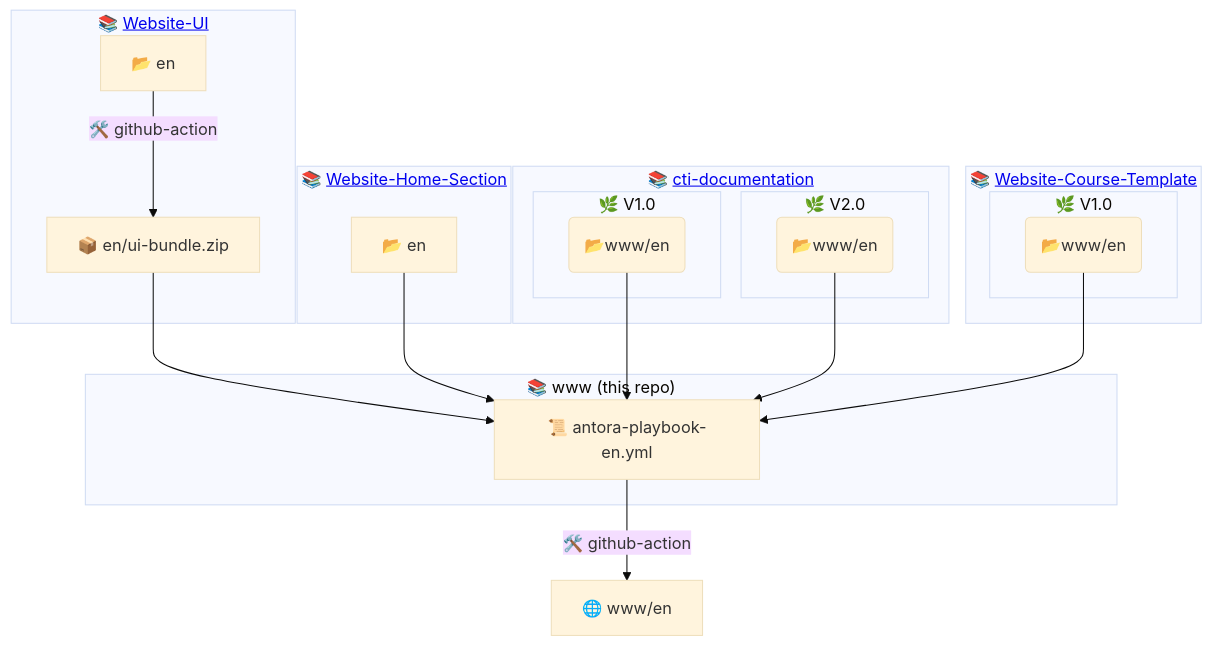
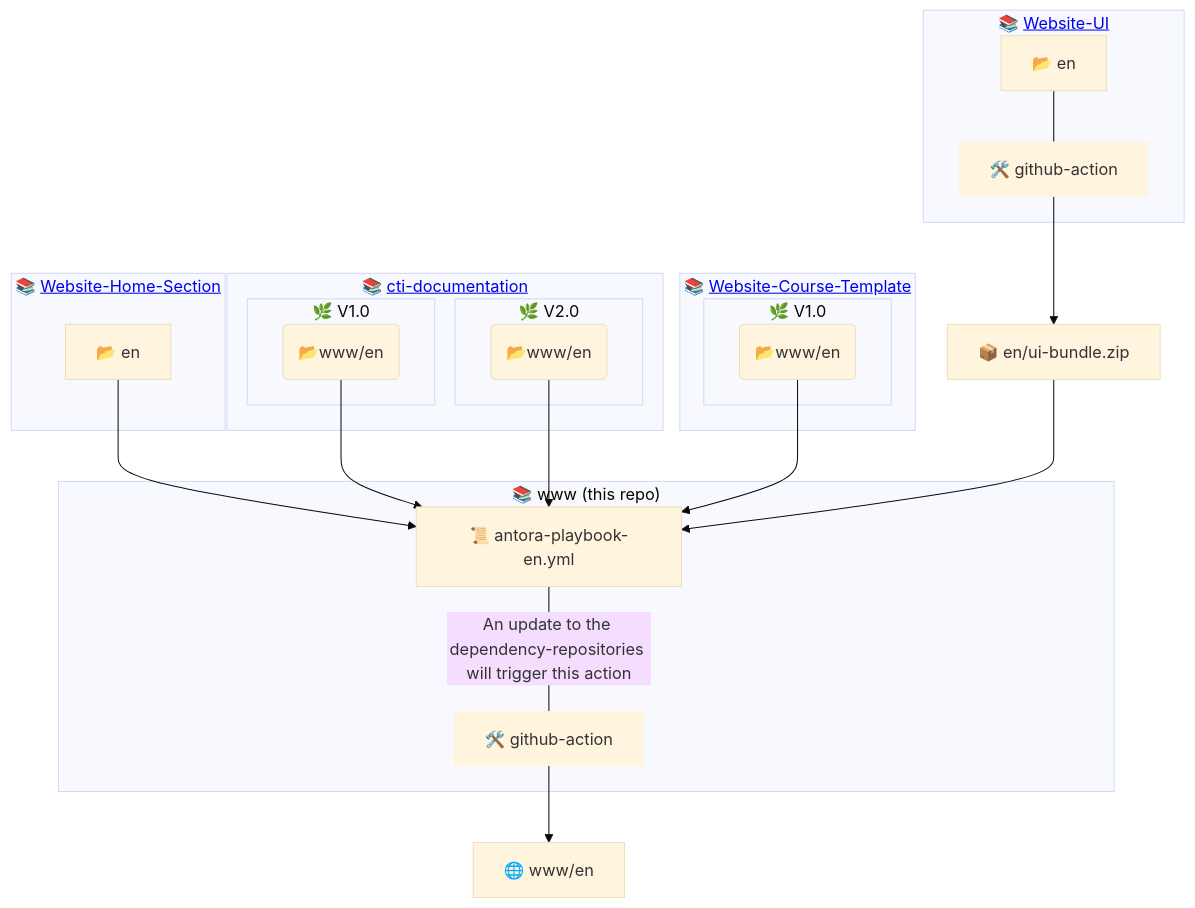
One commit to j-medland/www changed the diagram in README.md. Above: the diagram before and after it, drawn with Mermaid (base theme).

Commit message:
Added note about triggering of www's github action

````diff
--- a/README.md
+++ b/README.md
@@ -16,28 +16,31 @@
 ```mermaid
 flowchart TB
     subgraph www["`📚 www (this repo)`"]
-        en-antora-playbook["📜 antora-playbook-en.yml"]
+        en-antora-playbook["📜 antora-playbook-en.yml"] ---|An update to the dependency-repositories will trigger this action| github-www-build[🛠️ github-action]
     end
     subgraph website-ui["`📚 <a href='https://github.com/LabVIEWCommunityTraining/website-ui'>Website-UI</a>`"]
-        en-ui["📂 en"]-->|🛠️ github-action|en-ui-bundle
-        en-ui-bundle["📦 en/ui-bundle.zip"]-->en-antora-playbook
+        en-ui["📂 en"]---github-bundle-build[🛠️ github-action]
     end
     subgraph website-home["📚 <a href='https://github.com/LabVIEWCommunityTraining/website-home-section'>Website-Home-Section</a>"]
         en-hs["📂 en"]-->en-antora-playbook
     end
     subgraph cti-docs["`📚 <a href='https://github.com/LabVIEWCommunityTraining/cti-documentation'>cti-documentation</a>`"]
         subgraph cti-docs-v1["🌿 V1.0"]
             en-conv1(📂www/en)-->en-antora-playbook
         end
         subgraph cti-docs-v2["🌿 V2.0"]
             en-conv2(📂www/en)-->en-antora-playbook
         end
     end
     subgraph website-template["`📚 <a href='https://github.com/LabVIEWCommunityTraining/website-course-template'>Website-Course-Template</a>`"]
         subgraph wt-v1["🌿 V1.0"]
             en-templatev1(📂www/en)-->en-antora-playbook
         end
     end
+    github-bundle-build --> en-ui-bundle["📦 en/ui-bundle.zip"]-->en-antora-playbook
     en-output["🌐 www/en"]
-    en-antora-playbook-->|🛠️ github-action|en-output
+    github-www-build --> en-output
+    style github-www-build stroke-width:0px
+    style github-bundle-build stroke-width:0px
+    
 ```
````
